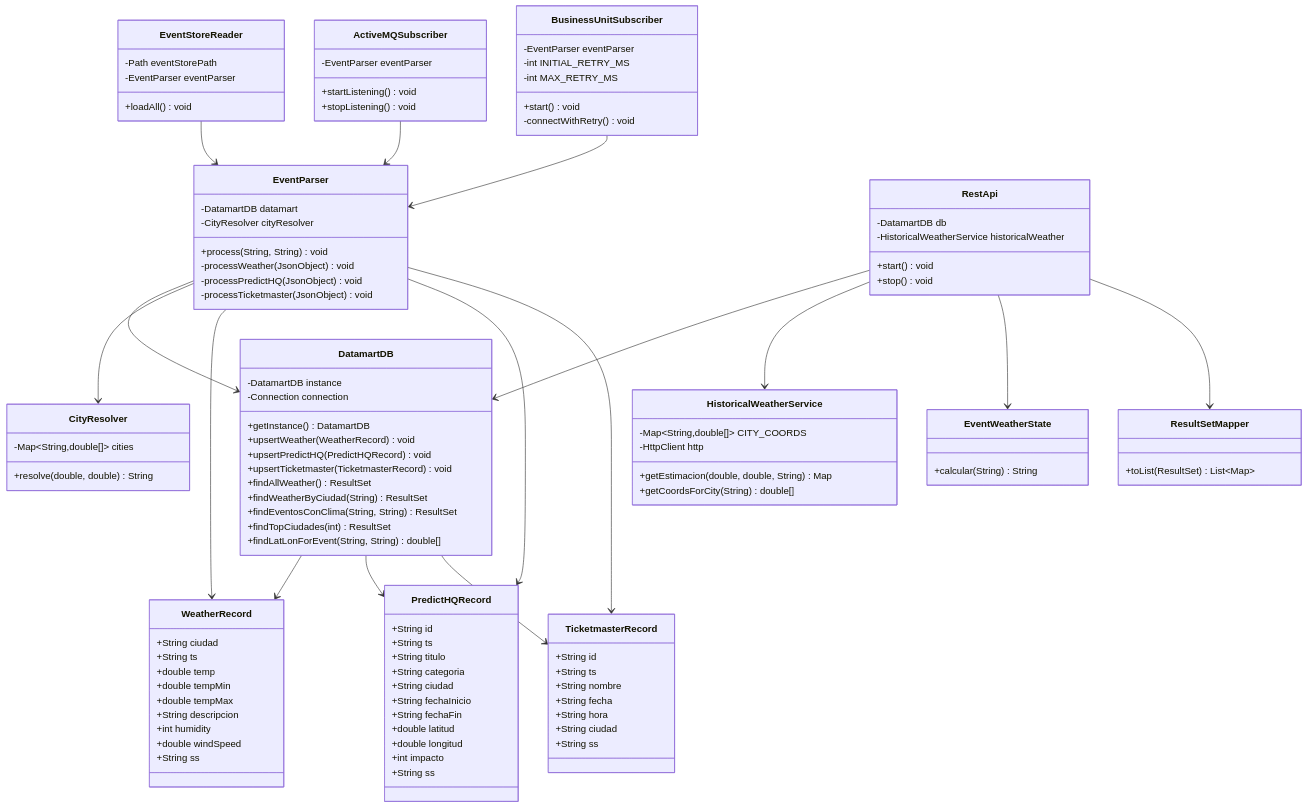
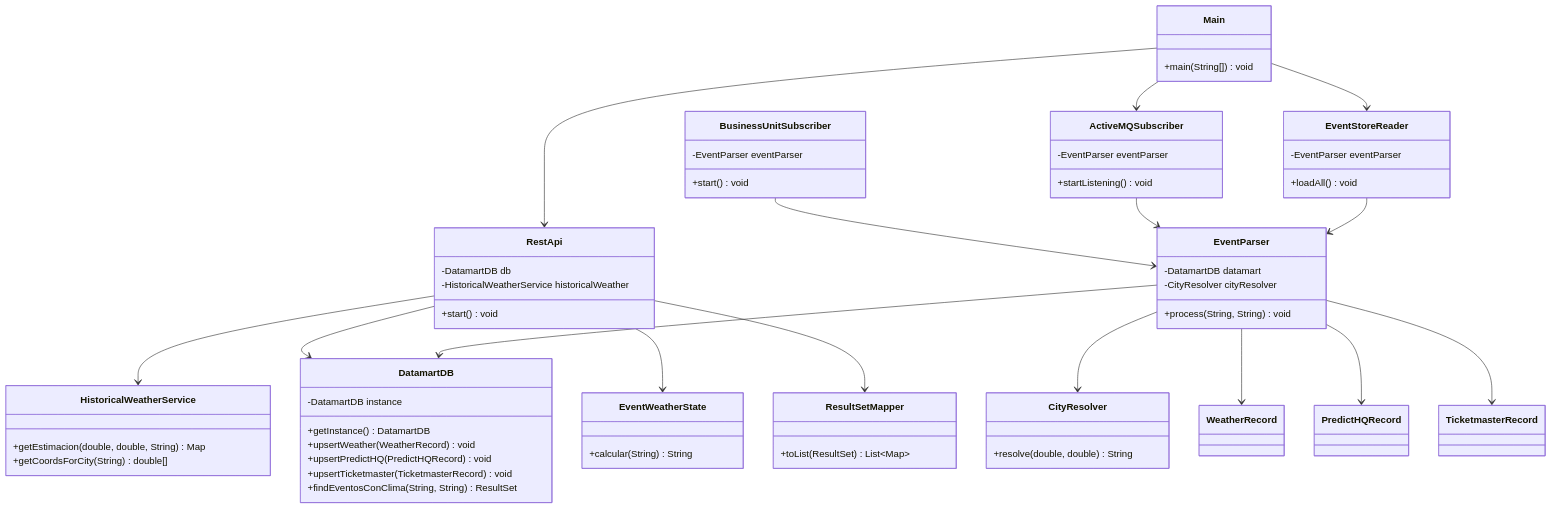
One commit to TheBiggestApp/EventWeather-Spain changed the fifth of 5 diagrams in README.md. Above: the diagram before and after it, drawn with Mermaid.

````diff
--- a/README.md
+++ b/README.md
@@ -350,92 +350,51 @@
 ```mermaid
 classDiagram
-    class DatamartDB {
-        -DatamartDB instance
-        -Connection connection
-        +getInstance() DatamartDB
-        +upsertWeather(WeatherRecord) void
-        +upsertPredictHQ(PredictHQRecord) void
-        +upsertTicketmaster(TicketmasterRecord) void
-        +findAllWeather() ResultSet
-        +findWeatherByCiudad(String) ResultSet
-        +findEventosConClima(String, String) ResultSet
-        +findTopCiudades(int) ResultSet
-        +findLatLonForEvent(String, String) double[]
-    }
-    class EventParser {
-        -DatamartDB datamart
-        -CityResolver cityResolver
-        +process(String, String) void
-        -processWeather(JsonObject) void
-        -processPredictHQ(JsonObject) void
-        -processTicketmaster(JsonObject) void
-    }
-    class CityResolver {
-        -Map~String,double[]~ cities
-        +resolve(double, double) String
-    }
-    class WeatherRecord {
-        +String ciudad
-        +String ts
-        +double temp
-        +double tempMin
-        +double tempMax
-        +String descripcion
-        +int humidity
-        +double windSpeed
-        +String ss
-    }
-    class PredictHQRecord {
-        +String id
-        +String ts
-        +String titulo
-        +String categoria
-        +String ciudad
-        +String fechaInicio
-        +String fechaFin
-        +double latitud
-        +double longitud
-        +int impacto
-        +String ss
-    }
-    class TicketmasterRecord {
-        +String id
-        +String ts
-        +String nombre
-        +String fecha
-        +String hora
-        +String ciudad
-        +String ss
+    class Main {
+        +main(String[]) void
     }
     class EventStoreReader {
-        -Path eventStorePath
         -EventParser eventParser
         +loadAll() void
     }
     class ActiveMQSubscriber {
         -EventParser eventParser
         +startListening() void
-        +stopListening() void
     }
     class BusinessUnitSubscriber {
         -EventParser eventParser
-        -int INITIAL_RETRY_MS
-        -int MAX_RETRY_MS
         +start() void
-        -connectWithRetry() void
+    }
+    class EventParser {
+        -DatamartDB datamart
+        -CityResolver cityResolver
+        +process(String, String) void
+    }
+    class DatamartDB {
+        -DatamartDB instance
+        +getInstance() DatamartDB
+        +upsertWeather(WeatherRecord) void
+        +upsertPredictHQ(PredictHQRecord) void
+        +upsertTicketmaster(TicketmasterRecord) void
+        +findEventosConClima(String, String) ResultSet
+    }
+    class CityResolver {
+        +resolve(double, double) String
+    }
+    class WeatherRecord {
+    }
+    class PredictHQRecord {
+    }
+    class TicketmasterRecord {
     }
     class RestApi {
         -DatamartDB db
         -HistoricalWeatherService historicalWeather
         +start() void
-        +stop() void
     }
     class ResultSetMapper {
         +toList(ResultSet) List~Map~
     }
     class HistoricalWeatherService {
-        -Map~String,double[]~ CITY_COORDS
-        -HttpClient http
         +getEstimacion(double, double, String) Map
         +getCoordsForCity(String) double[]
     }
@@ -443,17 +402,17 @@
         +calcular(String) String
     }
 
+    Main --> EventStoreReader
+    Main --> RestApi
+    Main --> ActiveMQSubscriber
+    EventStoreReader --> EventParser
+    ActiveMQSubscriber --> EventParser
+    BusinessUnitSubscriber --> EventParser
     EventParser --> DatamartDB
     EventParser --> CityResolver
     EventParser --> WeatherRecord
     EventParser --> PredictHQRecord
     EventParser --> TicketmasterRecord
-    DatamartDB --> WeatherRecord
-    DatamartDB --> PredictHQRecord
-    DatamartDB --> TicketmasterRecord
-    EventStoreReader --> EventParser
-    ActiveMQSubscriber --> EventParser
-    BusinessUnitSubscriber --> EventParser
     RestApi --> DatamartDB
     RestApi --> HistoricalWeatherService
     RestApi --> EventWeatherState
````
